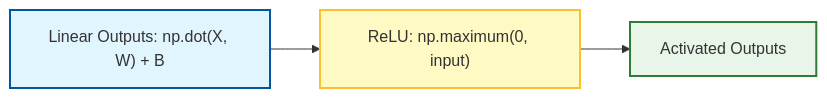
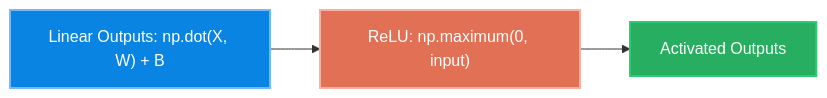
Before and after one commit to holycompile/Neural_Networks_from_Scratch: the seventh of 10 diagrams in README.md, drawn with Mermaid. The commit also changed other lines of this file, not shown here.

````diff
--- a/README.md
+++ b/README.md
@@ -181,8 +187,8 @@
 ```mermaid
 graph LR
     Linear["Linear Outputs: np.dot(X, W) + B"] --> ReLU["ReLU: np.maximum(0, input)"] --> Out["Activated Outputs"]
     
-    style Linear fill:#e1f5fe,stroke:#01579b,stroke-width:2px;
-    style ReLU fill:#fff9c4,stroke:#fbc02d,stroke-width:2px;
-    style Out fill:#e8f5e9,stroke:#2e7d32,stroke-width:2px;
+    style Linear fill:#0984e3,stroke:#74b9ff,stroke-width:2px,color:#fff;
+    style ReLU fill:#e17055,stroke:#fab1a0,stroke-width:2px,color:#fff;
+    style Out fill:#27ae60,stroke:#2ecc71,stroke-width:2px,color:#fff;
 ```
````
